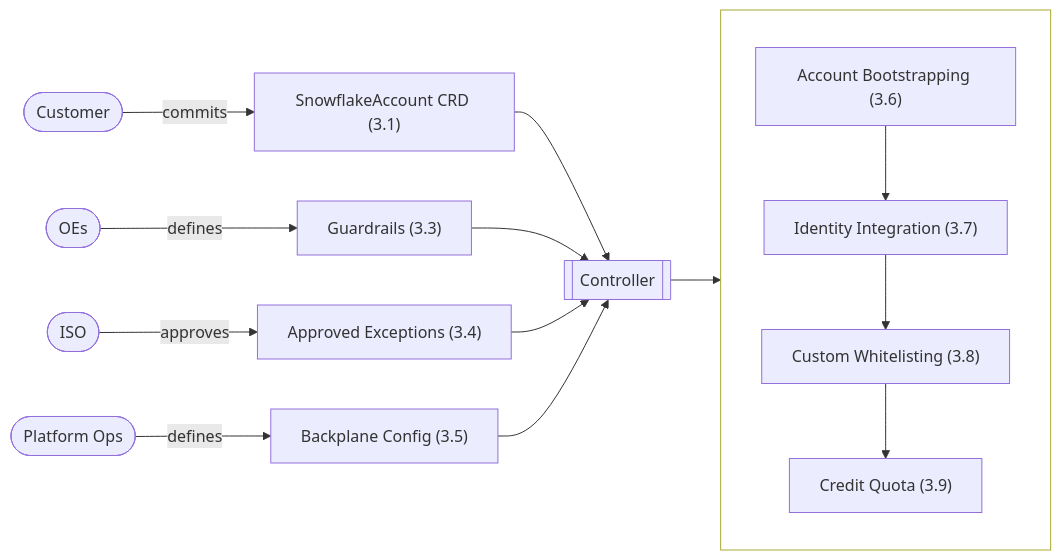
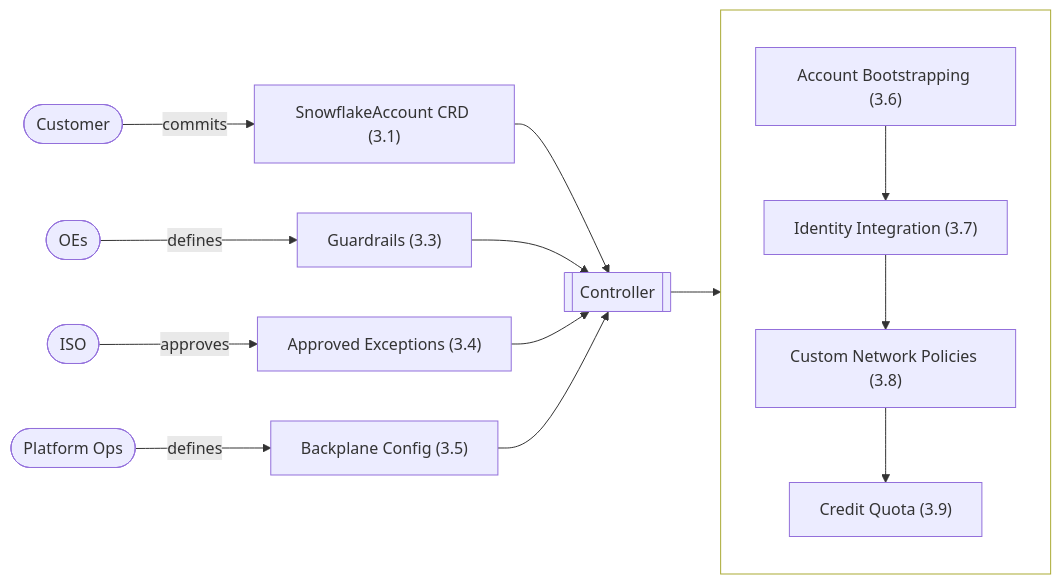
One commit to allianz/yukimi changed the diagram in specs/design.md. Above: the diagram before and after it, drawn with Mermaid. The commit also changed other lines of this file, not shown here.

Commit message:
removed whitelisting

````diff
--- a/specs/design.md
+++ b/specs/design.md
@@ -149,23 +149,23 @@
 ```mermaid
 flowchart LR
     Customer([Customer]) -->|commits| CRD["SnowflakeAccount CRD (3.1)"]
     OEs([OEs]) -->|defines| Guardrails["Guardrails (3.3)"]
     ISO([ISO]) -->|approves| Exceptions["Approved Exceptions (3.4)"]
     Ops([Platform Ops]) -->|defines| BackplaneConfig["Backplane Config (3.5)"]
 
     CRD --> Controller[[Controller]]
     Guardrails --> Controller
     Exceptions --> Controller
     BackplaneConfig --> Controller
 
     Controller --> CreateFlow
 
     subgraph createFlowGroup [" "]
         direction TB
         CreateFlow["Account Bootstrapping (3.6)"] --> IdentityIntegration["Identity Integration (3.7)"]
-        IdentityIntegration --> Whitelisting["Custom Whitelisting (3.8)"]
-        Whitelisting --> CreditQuota["Credit Quota (3.9)"]
+        IdentityIntegration --> NetworkPolicies["Custom Network Policies (3.8)"]
+        NetworkPolicies --> CreditQuota["Credit Quota (3.9)"]
     end
 
     style createFlowGroup fill:transparent
 ```
````
